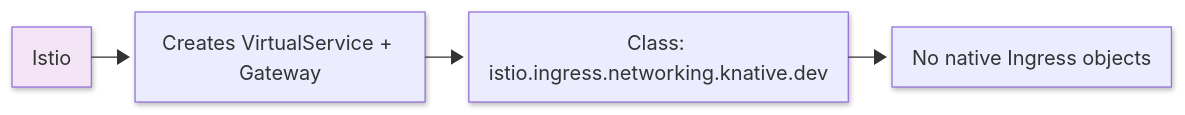
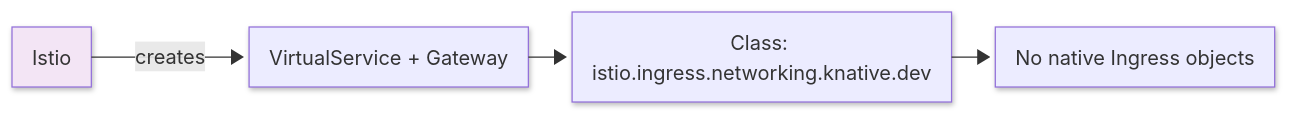
The third of 4 diagrams in docs/versioned/serving/config-network-adapters.md (knative/docs), drawn with Mermaid before and after one commit. The commit also changed other lines of this file, not shown here.

````diff
--- a/docs/versioned/serving/config-network-adapters.md
+++ b/docs/versioned/serving/config-network-adapters.md
@@ -73,17 +52,17 @@
     ```mermaid
     ---
     config:
       theme: default
       layout: elk
       look: neo
     ---
     flowchart LR
-    I2["Creates VirtualService + Gateway"]
+    I2["VirtualService + Gateway"]
     I1["Istio"]
     I3["Class: istio.ingress.networking.knative.dev"]
     I4["No native Ingress objects"]
-    I1 --> I2
+    I1 -- creates --> I2
     I2 --> I3 
     I3 --> I4
     style I1 fill:#f3e5f5
     ```
````
